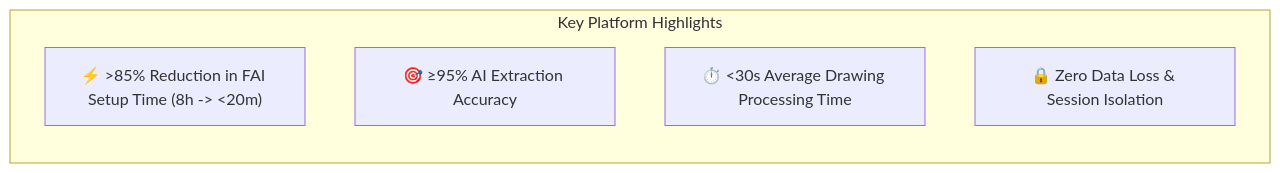
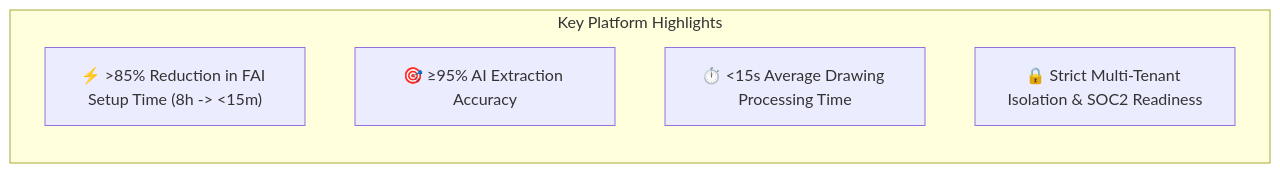
The second of 3 diagrams in README.md (LoonistApp/Loonist), drawn with Mermaid before and after one commit. The commit also changed other lines of this file and 4 other files, not shown here.

Commit message:
Refactor Phase 3 architecture document to remove bullet lists and improve flow

````diff
--- a/README.md
+++ b/README.md
@@ -39,9 +80,9 @@
 ```mermaid
 flowchart LR
     subgraph Highlights ["Key Platform Highlights"]
-        Time["⚡ >85% Reduction in FAI Setup Time (8h -> <20m)"]
+        Time["⚡ >85% Reduction in FAI Setup Time (8h -> <15m)"]
         Acc["🎯 ≥95% AI Extraction Accuracy"]
-        Proc["⏱️ <30s Average Drawing Processing Time"]
-        Sec["🔒 Zero Data Loss & Session Isolation"]
+        Proc["⏱️ <15s Average Drawing Processing Time"]
+        Sec["🔒 Strict Multi-Tenant Isolation & SOC2 Readiness"]
     end
 ```
````
